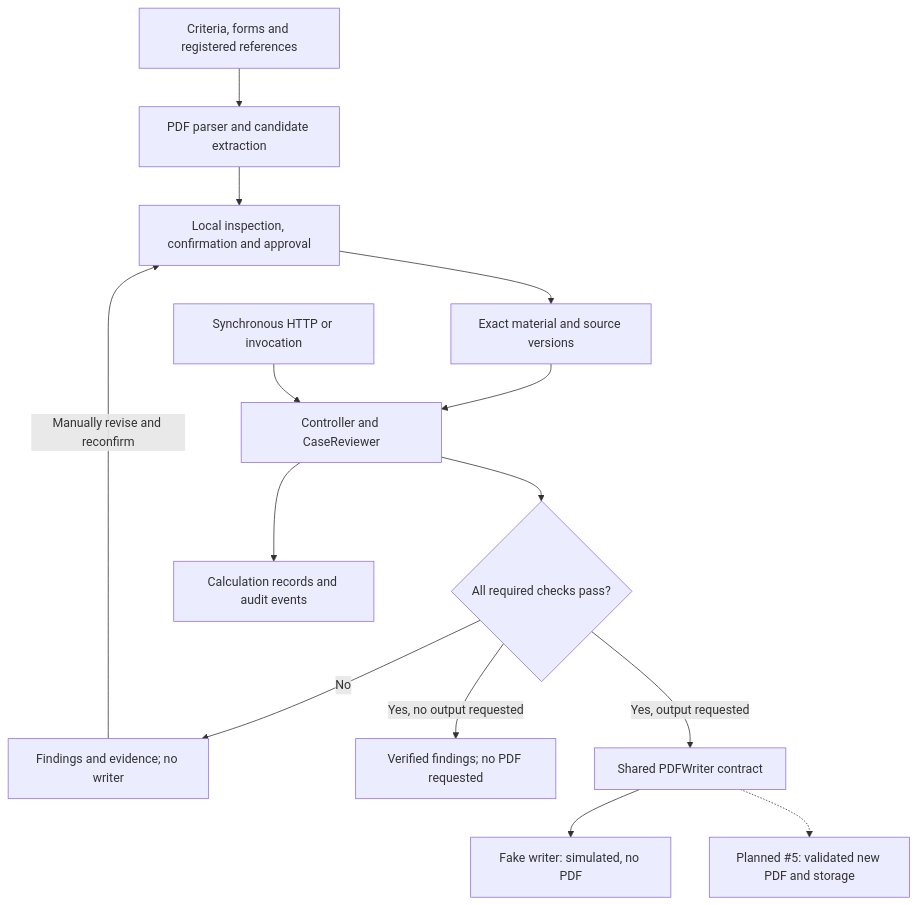
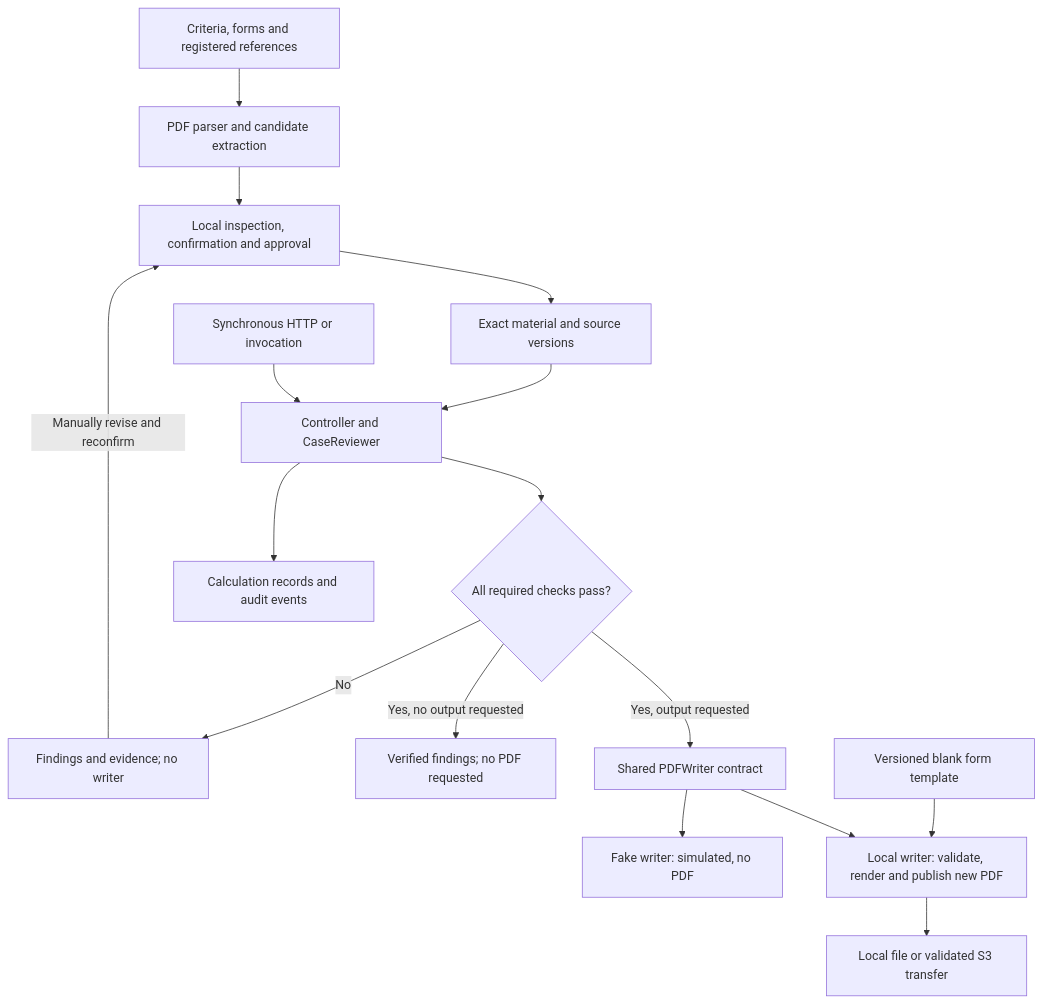
Before and after one commit to chengruchou/newtaipei-appraisal-review-ai: the diagram in README.md, drawn with Mermaid. The commit also changed other lines of this file and 13 other files, not shown here.

Commit message:
docs: document PDF writer implementation and review

````diff
--- a/README.md
+++ b/README.md
@@ -64,16 +64,18 @@
 ```mermaid
 flowchart TD
     DOC["Criteria, forms and registered references"] --> PREP["PDF parser and candidate extraction"]
     PREP --> HUMAN["Local inspection, confirmation and approval"]
     HUMAN --> MATERIAL["Exact material and source versions"]
     MATERIAL --> CORE["Controller and CaseReviewer"]
     API["Synchronous HTTP or invocation"] --> CORE
     CORE --> GATE{"All required checks pass?"}
     GATE -->|No| FIND["Findings and evidence; no writer"]
     FIND -->|Manually revise and reconfirm| HUMAN
     GATE -->|Yes, no output requested| DONE["Verified findings; no PDF requested"]
     GATE -->|Yes, output requested| PORT["Shared PDFWriter contract"]
     PORT --> FAKE["Fake writer: simulated, no PDF"]
-    PORT -.-> REAL["Planned #5: validated new PDF and storage"]
+    TEMPLATE["Versioned blank form template"] --> REAL
+    PORT --> REAL["Local writer: validate, render and publish new PDF"]
+    REAL --> STORAGE["Local file or validated S3 transfer"]
     CORE --> AUDIT["Calculation records and audit events"]
 ```
````
